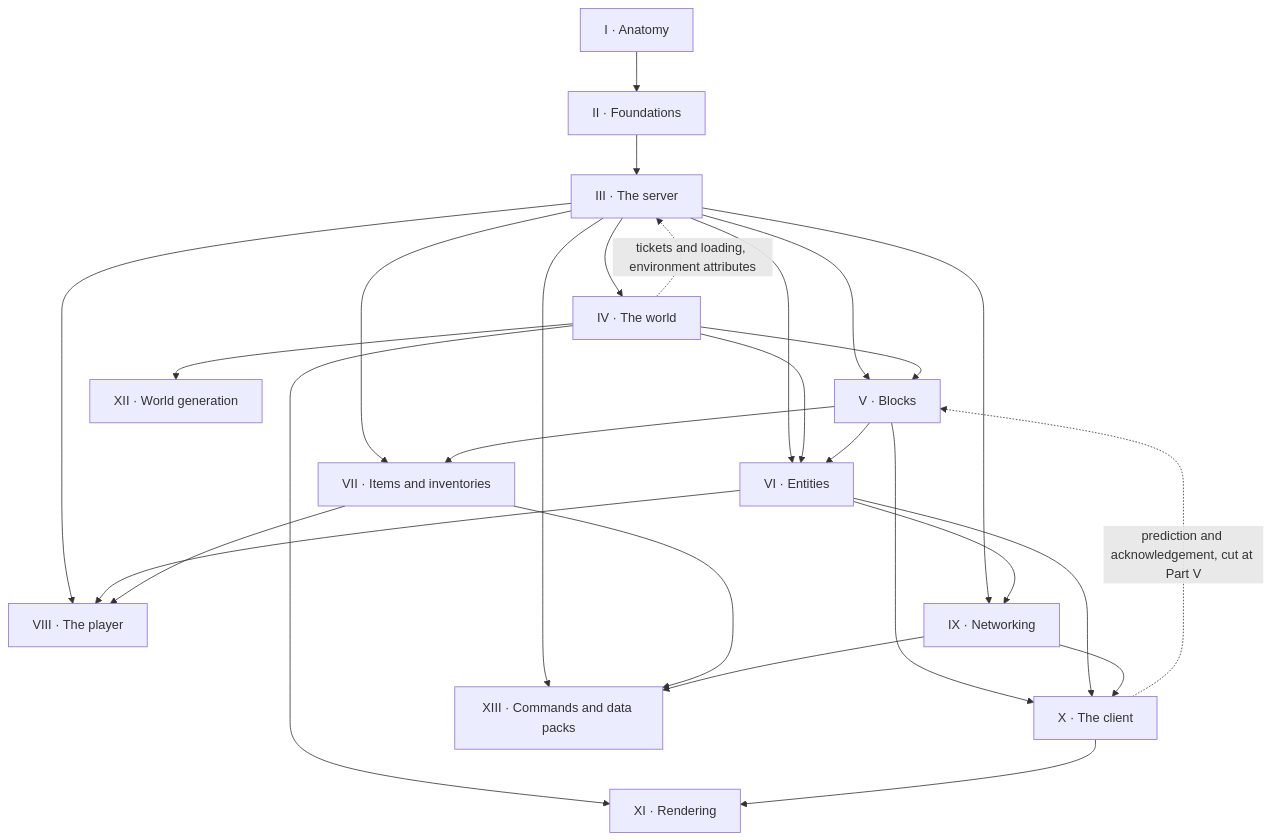
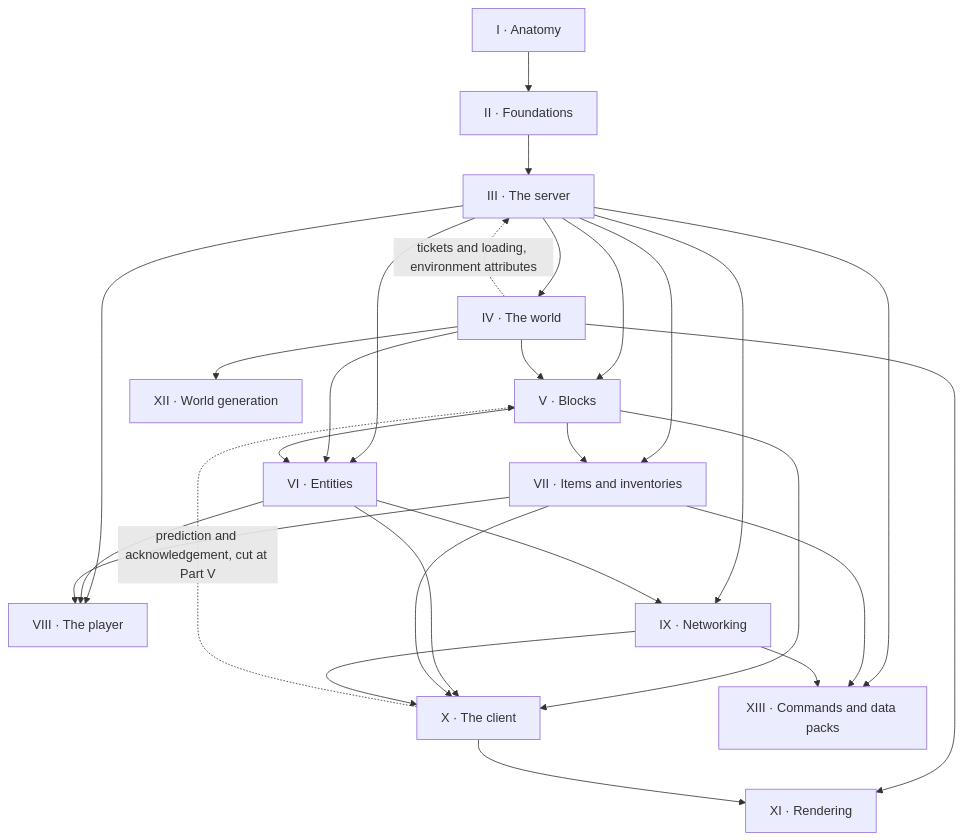
Before and after one commit to AlexanderjFraser/MinecraftDocs: the diagram in src/figures/parts-dependency.md, drawn with Mermaid. The commit also changed 29 other files, not shown here.

````diff
--- a/src/figures/parts-dependency.md
+++ b/src/figures/parts-dependency.md
@@ -1,41 +1,42 @@
 ```mermaid
 flowchart TB
     P1["I · Anatomy"]
     P2["II · Foundations"]
     P3["III · The server"]
     P4["IV · The world"]
     P5["V · Blocks"]
     P6["VI · Entities"]
     P7["VII · Items and inventories"]
     P8["VIII · The player"]
     P9["IX · Networking"]
     P10["X · The client"]
     P11["XI · Rendering"]
     P12["XII · World generation"]
     P13["XIII · Commands and data packs"]
     P1 --> P2 --> P3
     P3 --> P4
     P3 --> P5
     P3 --> P6
     P3 --> P7
     P3 --> P8
     P3 --> P9
     P3 --> P13
     P4 --> P5
     P4 --> P6
     P4 --> P11
     P4 --> P12
     P5 --> P6
     P5 --> P7
     P5 --> P10
     P6 --> P8
     P6 --> P9
     P6 --> P10
     P7 --> P8
+    P7 --> P10
     P7 --> P13
     P9 --> P10
     P9 --> P13
     P10 --> P11
     P4 -. "tickets and loading, environment attributes" .-> P3
     P10 -. "prediction and acknowledgement, cut at Part V" .-> P5
 ```
````
